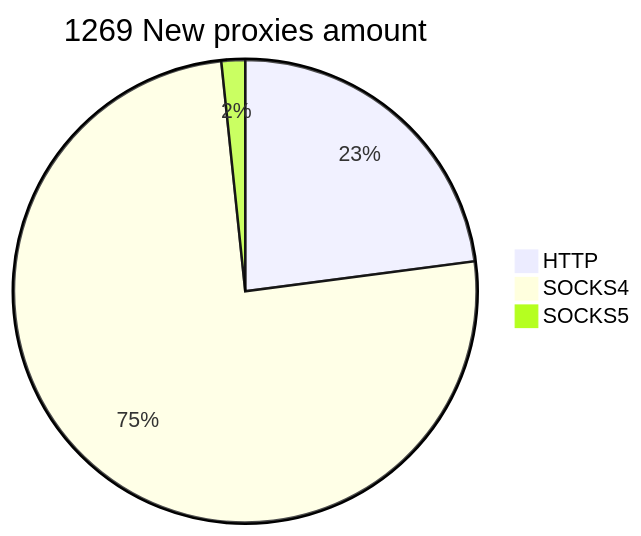
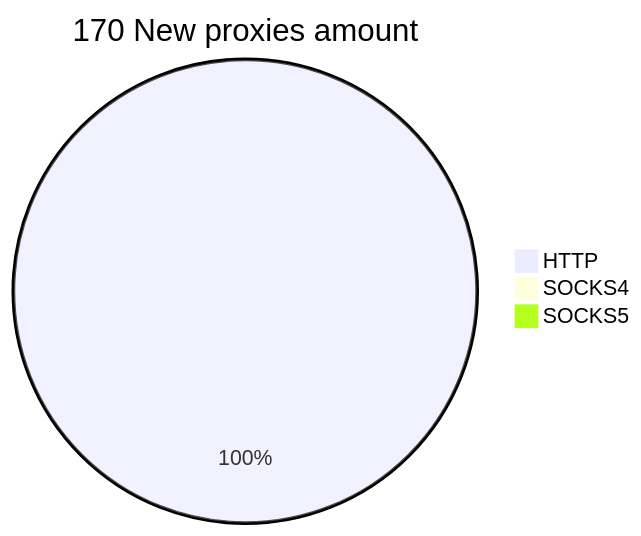
Before and after one commit to cutipu/proxylist: the second of 2 diagrams in README.md, drawn with Mermaid. The commit also changed other lines of this file, not shown here.

````diff
--- a/README.md
+++ b/README.md
@@ -10,6 +10,6 @@
 ```mermaid
-pie title 1269 New proxies amount
-    "HTTP" : 291
-    "SOCKS4" : 957
-    "SOCKS5" : 21
+pie title 170 New proxies amount
+    "HTTP" : 253
+    "SOCKS4" : 0
+    "SOCKS5" : 0
 ```
````
